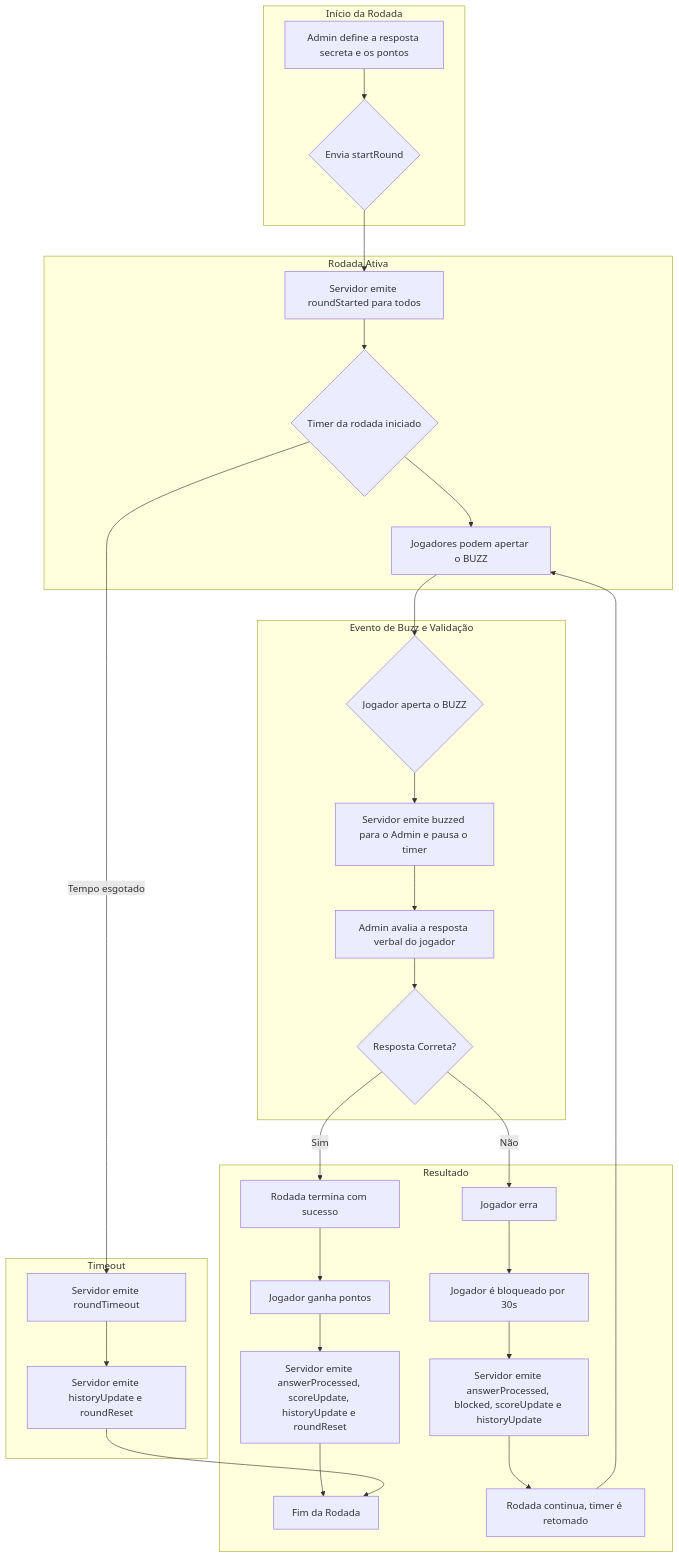
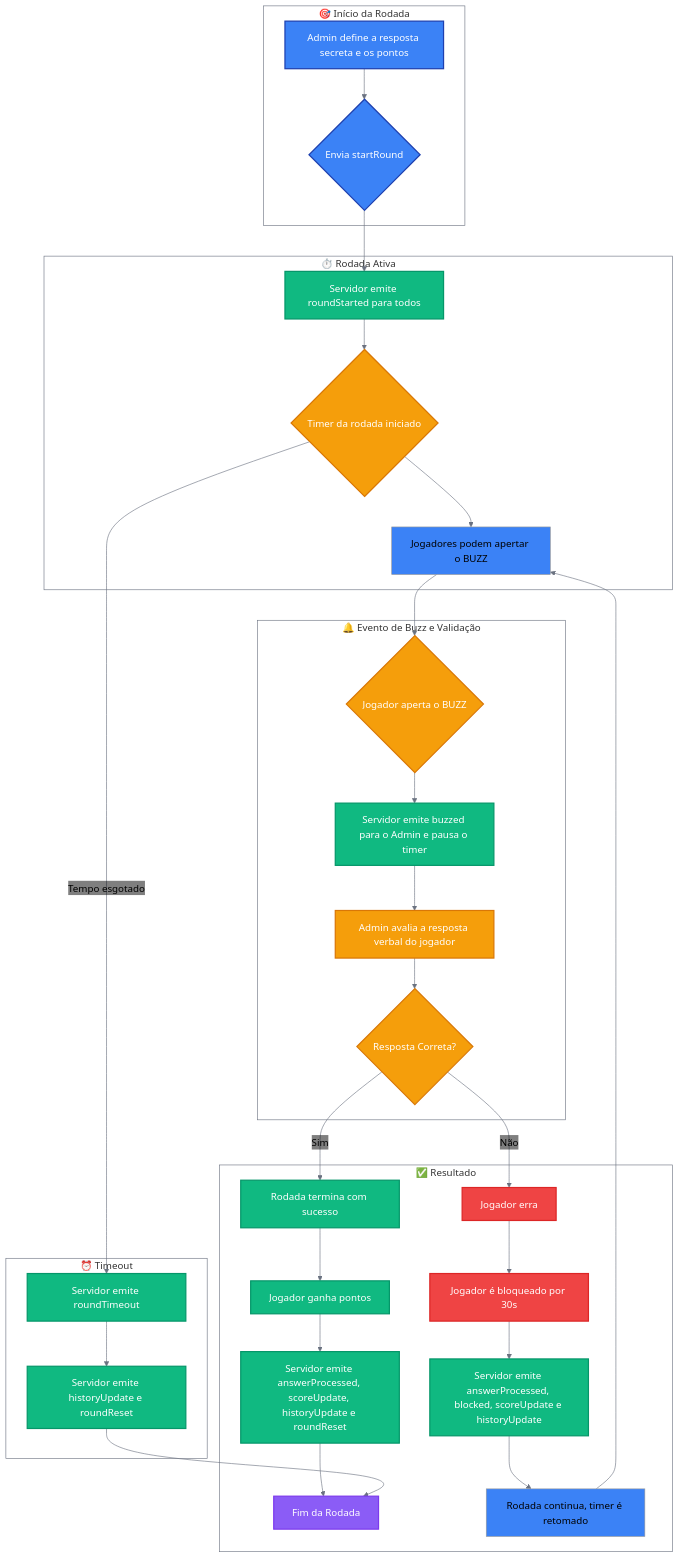
The second of 2 diagrams in README.md (alexandremendoncaalvaro/buzz-game), drawn with Mermaid before and after one commit. The commit also changed other lines of this file, not shown here.

Commit message:
Enhance README with detailed sequence diagrams and flowcharts for game logic and communication flow

````diff
--- a/README.md
+++ b/README.md
@@ -103,38 +121,68 @@
 ```mermaid
+%%{init: {
+  'theme': 'neutral',
+  'themeVariables': {
+    'primaryColor': '#3b82f6',
+    'primaryTextColor': '#ffffff',
+    'primaryBorderColor': '#1e40af',
+    'lineColor': '#6b7280',
+    'secondaryColor': '#10b981',
+    'tertiaryColor': '#8b5cf6',
+    'background': 'transparent',
+    'mainBkg': '#3b82f6',
+    'secondBkg': '#10b981',
+    'tertiaryBkg': '#8b5cf6',
+    'clusterBkg': 'transparent',
+    'clusterBorder': '#6b7280',
+    'edgeLabelBackground': 'transparent'
+  }
+}}%%
 flowchart TD
-    subgraph Inicio["Início da Rodada"]
+    subgraph Inicio["🎯 Início da Rodada"]
         A[Admin define a resposta secreta e os pontos] --> B{Envia startRound}
     end
 
-    subgraph Ativa["Rodada Ativa"]
+    subgraph Ativa["⏱️ Rodada Ativa"]
         B --> C[Servidor emite roundStarted para todos]
         C --> D{Timer da rodada iniciado}
         D --> E[Jogadores podem apertar o BUZZ]
     end
 
-    subgraph Buzz["Evento de Buzz e Validação"]
+    subgraph Buzz["🔔 Evento de Buzz e Validação"]
         E --> F{Jogador aperta o BUZZ}
         F --> G[Servidor emite buzzed para o Admin e pausa o timer]
         G --> H[Admin avalia a resposta verbal do jogador]
         H --> I{Resposta Correta?}
     end
 
-    subgraph Resultado
+    subgraph Resultado["✅ Resultado"]
         I -- Sim --> J[Rodada termina com sucesso]
         J --> K[Jogador ganha pontos]
         K --> L[Servidor emite answerProcessed, scoreUpdate, historyUpdate e roundReset]
         L --> M[Fim da Rodada]
 
         I -- Não --> N[Jogador erra]
         N --> O[Jogador é bloqueado por 30s]
         O --> P[Servidor emite answerProcessed, blocked, scoreUpdate e historyUpdate]
         P --> Q[Rodada continua, timer é retomado]
         Q --> E
     end
 
-    subgraph Timeout
+    subgraph Timeout["⏰ Timeout"]
         D -- Tempo esgotado --> R[Servidor emite roundTimeout]
         R --> S[Servidor emite historyUpdate e roundReset]
         S --> M
     end
+
+    classDef startNode fill:#3b82f6,stroke:#1e40af,stroke-width:2px,color:#ffffff
+    classDef processNode fill:#10b981,stroke:#059669,stroke-width:2px,color:#ffffff
+    classDef decisionNode fill:#f59e0b,stroke:#d97706,stroke-width:2px,color:#ffffff
+    classDef endNode fill:#8b5cf6,stroke:#7c3aed,stroke-width:2px,color:#ffffff
+    classDef errorNode fill:#ef4444,stroke:#dc2626,stroke-width:2px,color:#ffffff
+
+    class A,B startNode
+    class C,G,J,K,L,P,R,S processNode
+    class D,F,H,I decisionNode
+    class M endNode
+    class N,O errorNode
 ```
````
